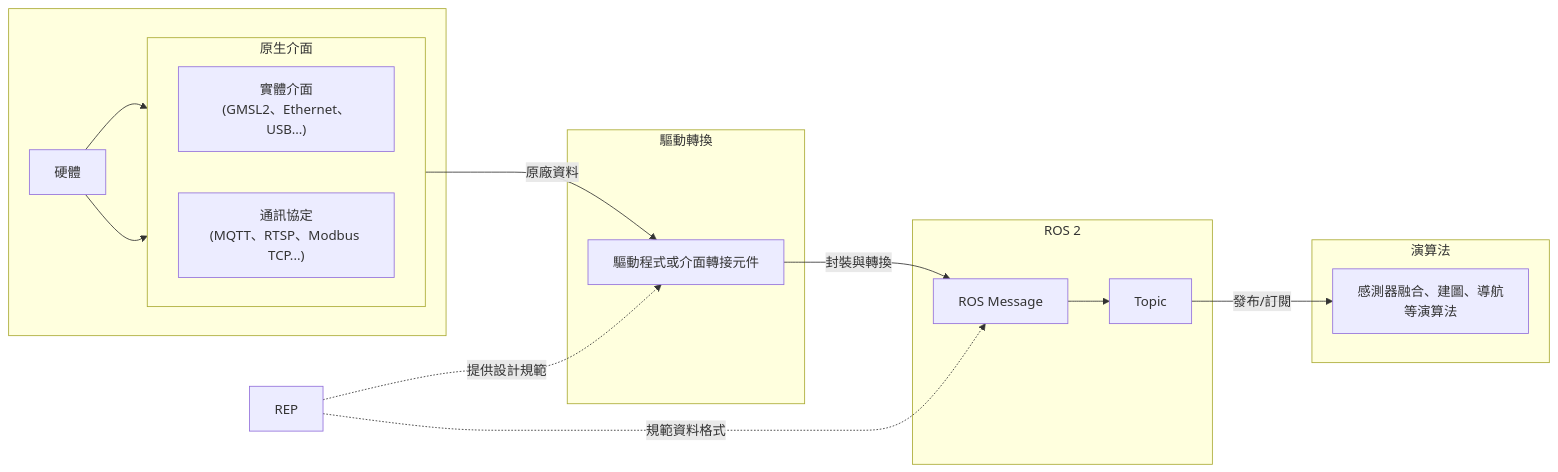
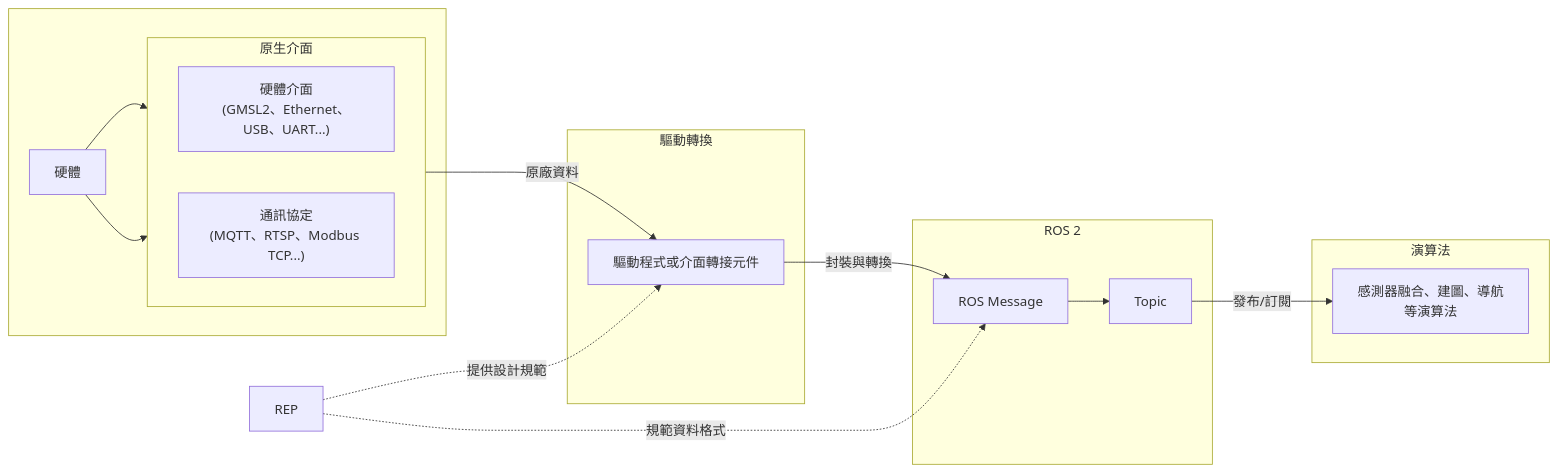
The first of 2 diagrams in CH1-3_ROS_2_engineering_standards_for_sensor_fusion.md (weilingwu772/guide-repo), drawn with Mermaid before and after one commit. The commit also changed other lines of this file and 2 other files, not shown here.

````diff
--- a/CH1-3_ROS_2_engineering_standards_for_sensor_fusion.md
+++ b/CH1-3_ROS_2_engineering_standards_for_sensor_fusion.md
@@ -9,38 +9,38 @@
 ```mermaid
 flowchart LR
     subgraph HW[" "]
         S["硬體"]
 
         subgraph NI["原生介面"]
             direction LR
-            HI["實體介面<br/>(GMSL2、Ethernet、USB...)"]
+            HI["硬體介面<br/>(GMSL2、Ethernet、USB、UART...)"]
             CP["通訊協定<br/>(MQTT、RTSP、Modbus TCP...)"]
         end
 
         S --> HI
         S --> CP
     end
 
     subgraph CONV["驅動轉換"]
         DA["驅動程式或介面轉接元件"]
     end
 
     subgraph ROS["ROS 2"]
         MSG["ROS Message"]
         TOPIC["Topic"]
         MSG --> TOPIC
     end
 
     subgraph APP["演算法"]
         ALG["感測器融合、建圖、導航<br/>等演算法"]
     end
 
     NI -->|"原廠資料"| DA
     DA -->|"封裝與轉換"| MSG
     TOPIC -->|"發布/訂閱"| ALG
 
     REP["REP"]
 
     REP -.->|"提供設計規範"| DA
     REP -.->|"規範資料格式"| MSG
 ```
````
